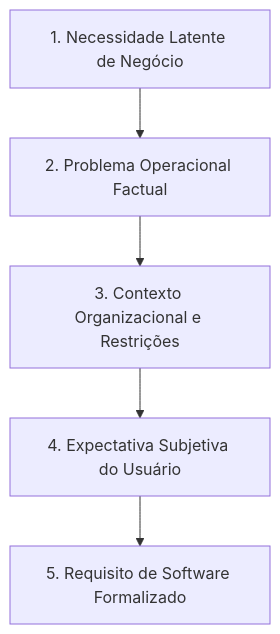
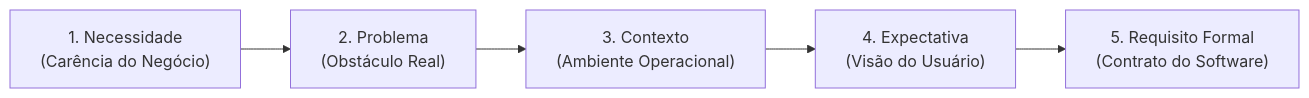
The ninth of 32 diagrams in 4º Semestre/[Prof. Wesley Soares] Engenharia de Software II/Resumos-IA/Caderno-Consolidado.md (murilolol/unifef), drawn with Mermaid before and after one commit. The commit also changed other lines of this file and 10 other files, not shown here.

````diff
--- a/4º Semestre/[Prof. Wesley Soares] Engenharia de Software II/Resumos-IA/Caderno-Consolidado.md
+++ b/4º Semestre/[Prof. Wesley Soares] Engenharia de Software II/Resumos-IA/Caderno-Consolidado.md
@@ -444,7 +427,7 @@
 ```mermaid
-flowchart TD
-    N["1. Necessidade Latente de Negócio"] --> P["2. Problema Operacional Factual"]
-    P --> C["3. Contexto Organizacional e Restrições"]
-    C --> E["4. Expectativa Subjetiva do Usuário"]
-    E --> R["5. Requisito de Software Formalizado"]
+flowchart LR
+  Nec["1. Necessidade<br>(Carência do Negócio)"] --> Prob["2. Problema<br>(Obstáculo Real)"]
+  Prob --> Ctx["3. Contexto<br>(Ambiente Operacional)"]
+  Ctx --> Exp["4. Expectativa<br>(Visão do Usuário)"]
+  Exp --> Req["5. Requisito Formal<br>(Contrato do Software)"]
 ```
````
